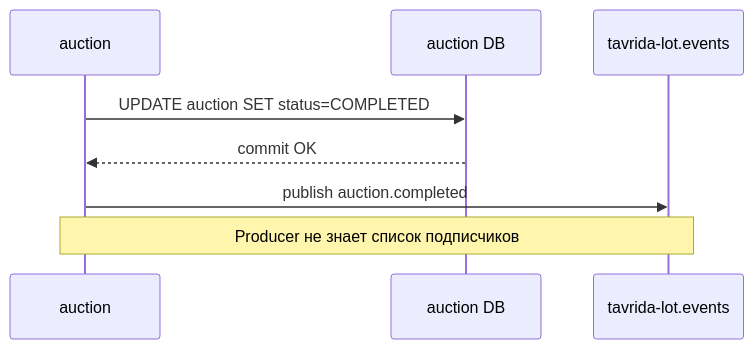
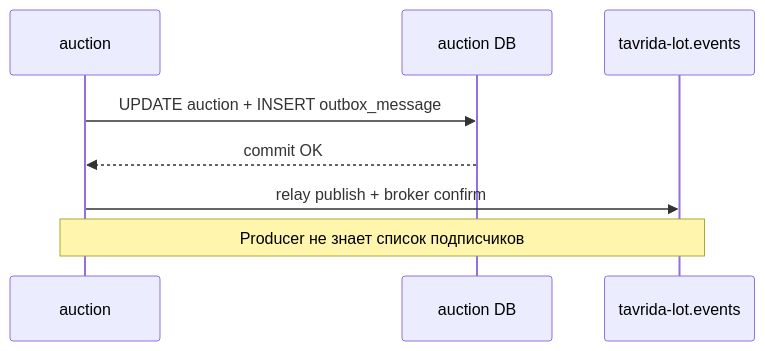
One commit to andrewb76/tavrida changed the second of 4 diagrams in docs/03-architecture/messaging.md. Above: the diagram before and after it, drawn with Mermaid. The commit also changed other lines of this file and 233 other files, not shown here.

````diff
--- a/docs/03-architecture/messaging.md
+++ b/docs/03-architecture/messaging.md
@@ -82,11 +86,11 @@
 ```mermaid
 sequenceDiagram
     participant A as auction
     participant DB as auction DB
     participant EX as tavrida-lot.events
 
-    A->>DB: UPDATE auction SET status=COMPLETED
+    A->>DB: UPDATE auction + INSERT outbox_message
     DB-->>A: commit OK
-    A->>EX: publish auction.completed
+    A->>EX: relay publish + broker confirm
     Note over A,EX: Producer не знает список подписчиков
 ```
````
